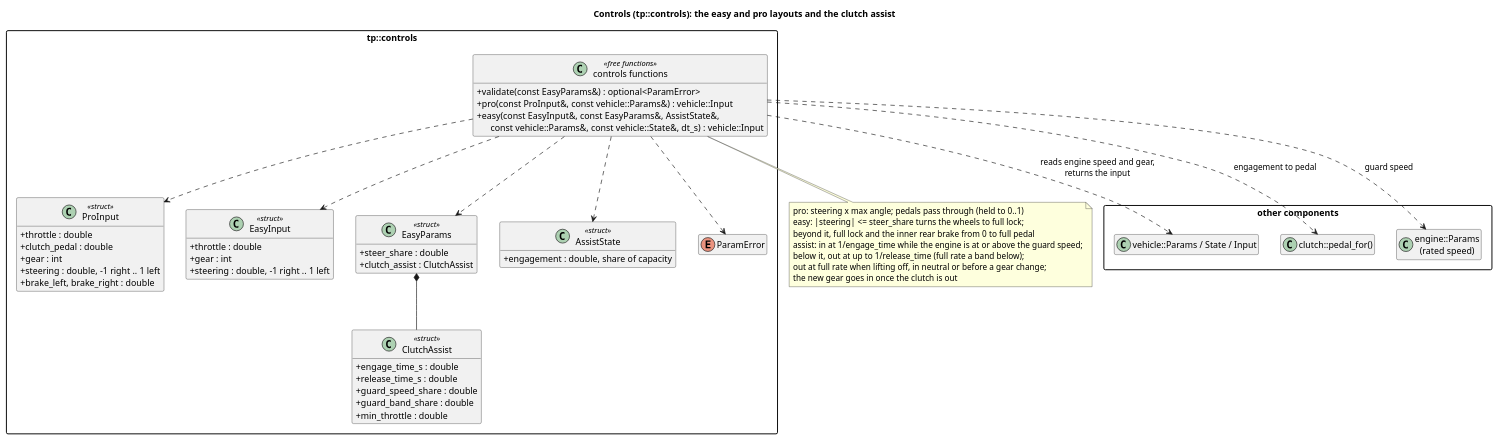
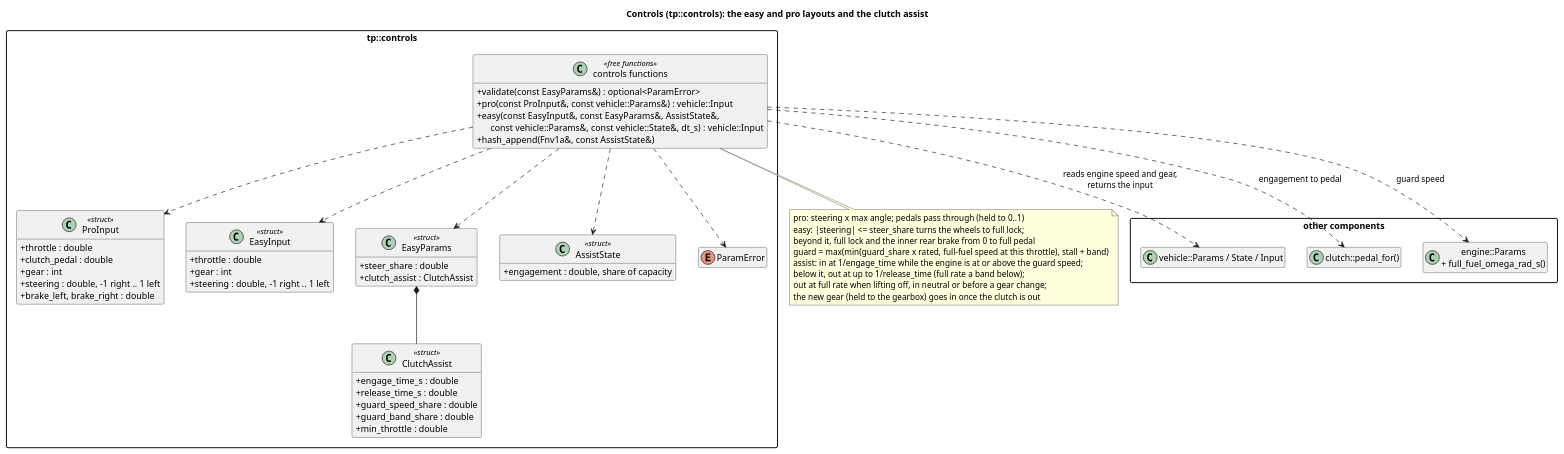
One commit to wversteeg/TractorPulling changed the diagram in docs/diagrams/controls_classes.puml. Above: the diagram before and after it, drawn with PlantUML. The commit also changed 14 other files, not shown here.

First line of the commit message:
Let the clutch assist work at part throttle

```diff
--- a/docs/diagrams/controls_classes.puml
+++ b/docs/diagrams/controls_classes.puml
@@ -1,65 +1,67 @@
 @startuml controls_classes
 title Controls (tp::controls): the easy and pro layouts and the clutch assist
 hide empty members
 skinparam packageStyle rectangle
 skinparam classAttributeIconSize 0
 
 package "other components" {
   class "vehicle::Params / State / Input" as Vehicle
   class "clutch::pedal_for()" as PedalFor
-  class "engine::Params\n(rated speed)" as Engine
+  class "engine::Params\n+ full_fuel_omega_rad_s()" as Engine
 }
 
 package "tp::controls" {
   class ProInput <<struct>> {
     +throttle : double
     +clutch_pedal : double
     +gear : int
     +steering : double, -1 right .. 1 left
     +brake_left, brake_right : double
   }
   class EasyInput <<struct>> {
     +throttle : double
     +gear : int
     +steering : double, -1 right .. 1 left
   }
   class ClutchAssist <<struct>> {
     +engage_time_s : double
     +release_time_s : double
     +guard_speed_share : double
     +guard_band_share : double
     +min_throttle : double
   }
   class EasyParams <<struct>> {
     +steer_share : double
     +clutch_assist : ClutchAssist
   }
   class AssistState <<struct>> {
     +engagement : double, share of capacity
   }
   enum ParamError
   class "controls functions" as ControlsFns <<free functions>> {
     +validate(const EasyParams&) : optional<ParamError>
     +pro(const ProInput&, const vehicle::Params&) : vehicle::Input
     +easy(const EasyInput&, const EasyParams&, AssistState&,\n      const vehicle::Params&, const vehicle::State&, dt_s) : vehicle::Input
+    +hash_append(Fnv1a&, const AssistState&)
   }
   EasyParams *-- ClutchAssist
   ControlsFns ..> ProInput
   ControlsFns ..> EasyInput
   ControlsFns ..> EasyParams
   ControlsFns ..> AssistState
   ControlsFns ..> ParamError
 }
 ControlsFns ..> Vehicle : reads engine speed and gear,\nreturns the input
 ControlsFns ..> PedalFor : engagement to pedal
 ControlsFns ..> Engine : guard speed
 note bottom of ControlsFns
   pro: steering x max angle; pedals pass through (held to 0..1)
   easy: |steering| <= steer_share turns the wheels to full lock;
   beyond it, full lock and the inner rear brake from 0 to full pedal
+  guard = max(min(guard_share x rated, full-fuel speed at this throttle), stall + band)
   assist: in at 1/engage_time while the engine is at or above the guard speed;
   below it, out at up to 1/release_time (full rate a band below);
   out at full rate when lifting off, in neutral or before a gear change;
-  the new gear goes in once the clutch is out
+  the new gear (held to the gearbox) goes in once the clutch is out
 end note
 @enduml
```
